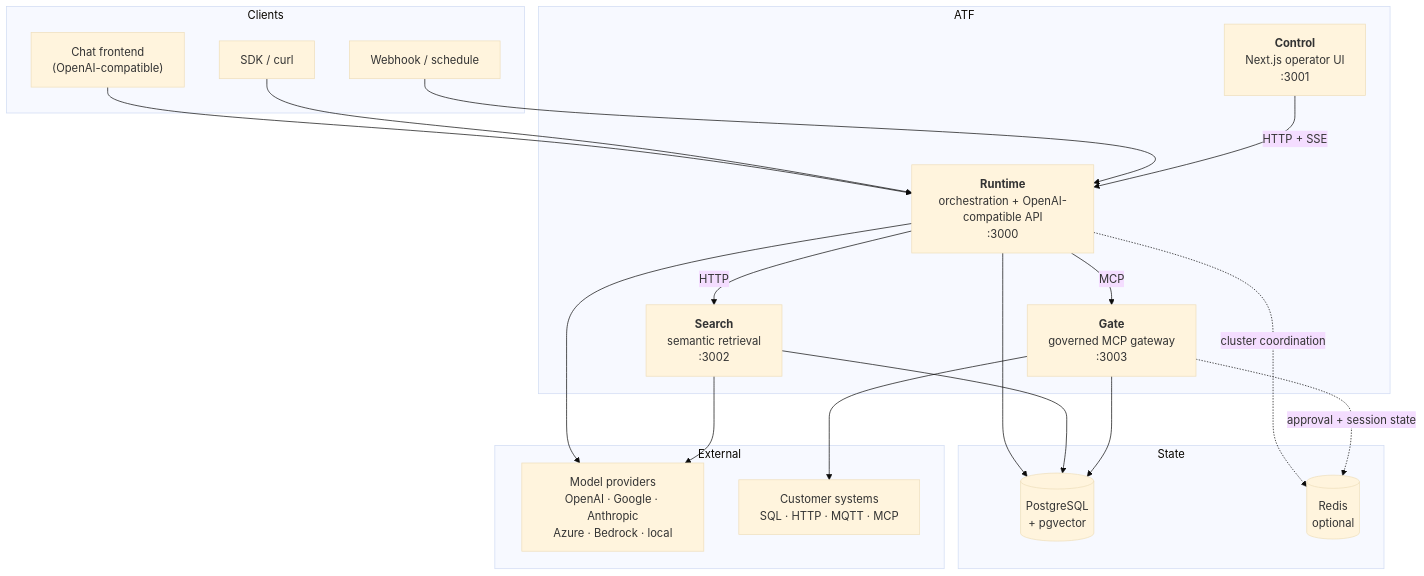
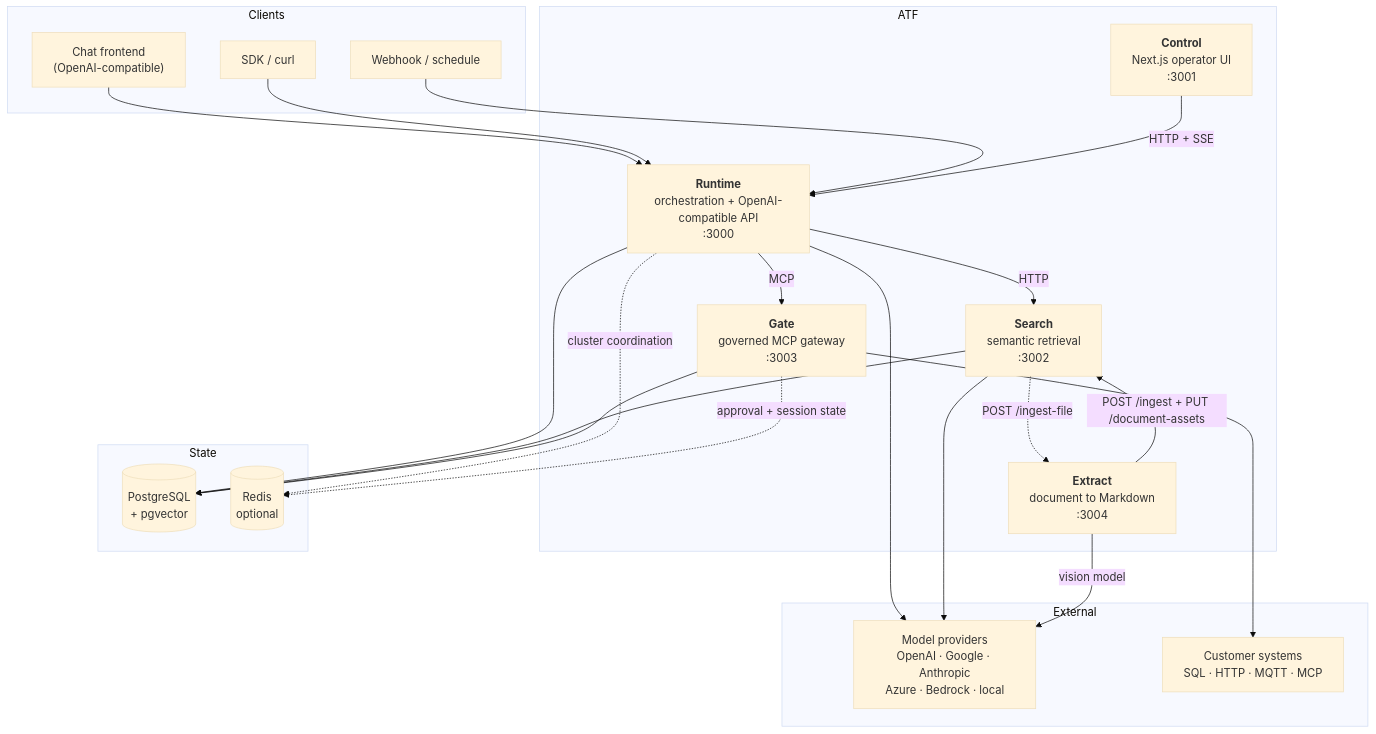
One commit to Abillify/atf changed the first of 2 diagrams in ARCHITECTURE.md. Above: the diagram before and after it, drawn with Mermaid (base theme). The commit also changed other lines of this file and 128 other files, not shown here.

````diff
--- a/ARCHITECTURE.md
+++ b/ARCHITECTURE.md
@@ -10,43 +10,48 @@
 ```mermaid
 flowchart TB
     subgraph clients["Clients"]
         chat["Chat frontend<br/>(OpenAI-compatible)"]
         sdk["SDK / curl"]
         hook["Webhook / schedule"]
     end
 
     subgraph atf["ATF"]
         control["<b>Control</b><br/>Next.js operator UI<br/>:3001"]
         runtime["<b>Runtime</b><br/>orchestration + OpenAI-compatible API<br/>:3000"]
         search["<b>Search</b><br/>semantic retrieval<br/>:3002"]
         gate["<b>Gate</b><br/>governed MCP gateway<br/>:3003"]
+        extract["<b>Extract</b><br/>document to Markdown<br/>:3004"]
     end
 
     subgraph state["State"]
         pg[("PostgreSQL<br/>+ pgvector")]
         redis[("Redis<br/>optional")]
     end
 
     subgraph external["External"]
         models["Model providers<br/>OpenAI · Google · Anthropic<br/>Azure · Bedrock · local"]
         systems["Customer systems<br/>SQL · HTTP · MQTT · MCP"]
     end
 
     chat --> runtime
     sdk --> runtime
     hook --> runtime
     control -->|HTTP + SSE| runtime
 
     runtime -->|HTTP| search
     runtime -->|MCP| gate
     runtime --> models
     runtime --> pg
     runtime -.->|cluster coordination| redis
 
     search --> pg
     search --> models
+    search -.->|POST /ingest-file| extract
+
+    extract -->|POST /ingest + PUT /document-assets| search
+    extract -->|vision model| models
 
     gate --> systems
     gate -.->|approval + session state| redis
     gate --> pg
 ```
````
